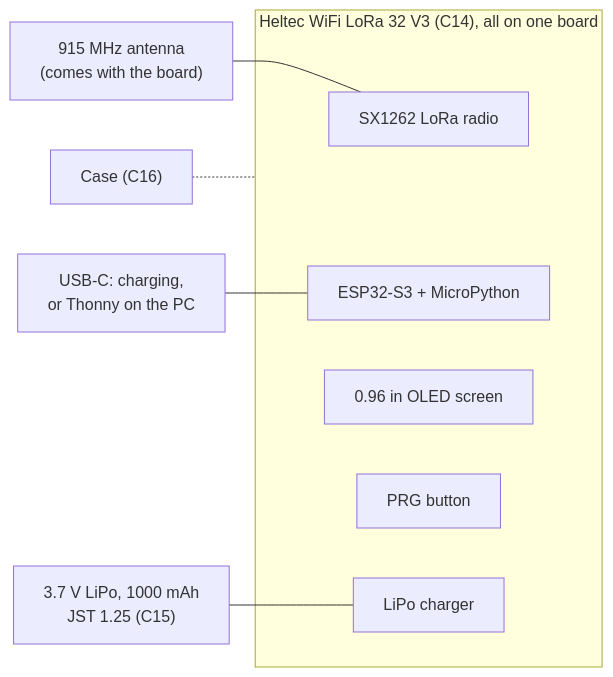
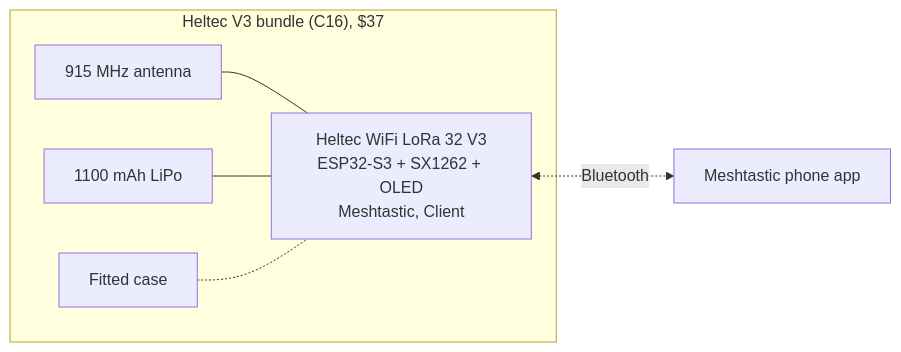
One commit to markfyoung0711/farm-mesh changed the third of 4 diagrams in docs/components.md. Above: the diagram before and after it, drawn with Mermaid. The commit also changed other lines of this file and 22 other files, not shown here.

First line of the commit message:
Switch Phase 1 to Meshtastic with a two-board tower gateway

````diff
--- a/docs/components.md
+++ b/docs/components.md
@@ -53,14 +54,10 @@
 ```mermaid
 flowchart LR
-    subgraph HELTEC["Heltec WiFi LoRa 32 V3 (C14), all on one board"]
-        RADIO["SX1262 LoRa radio"]
-        MCU["ESP32-S3 + MicroPython"]
-        OLED["0.96 in OLED screen"]
-        PRG["PRG button"]
-        CHG["LiPo charger"]
+    subgraph KIT["Heltec V3 bundle (C16), $37"]
+        BOARD["Heltec WiFi LoRa 32 V3<br/>ESP32-S3 + SX1262 + OLED<br/>Meshtastic, Client"]
+        ANT["915 MHz antenna"] --- BOARD
+        LIPO["1100 mAh LiPo"] --- BOARD
+        CASE["Fitted case"] -.- BOARD
     end
-    ANT["915 MHz antenna<br/>(comes with the board)"] --- RADIO
-    LIPO["3.7 V LiPo, 1000 mAh<br/>JST 1.25 (C15)"] --- CHG
-    CASE["Case (C16)"] -.- HELTEC
-    USB["USB-C: charging,<br/>or Thonny on the PC"] --- MCU
+    BOARD <-.->|"Bluetooth"| PHONE["Meshtastic phone app"]
 ```
````
